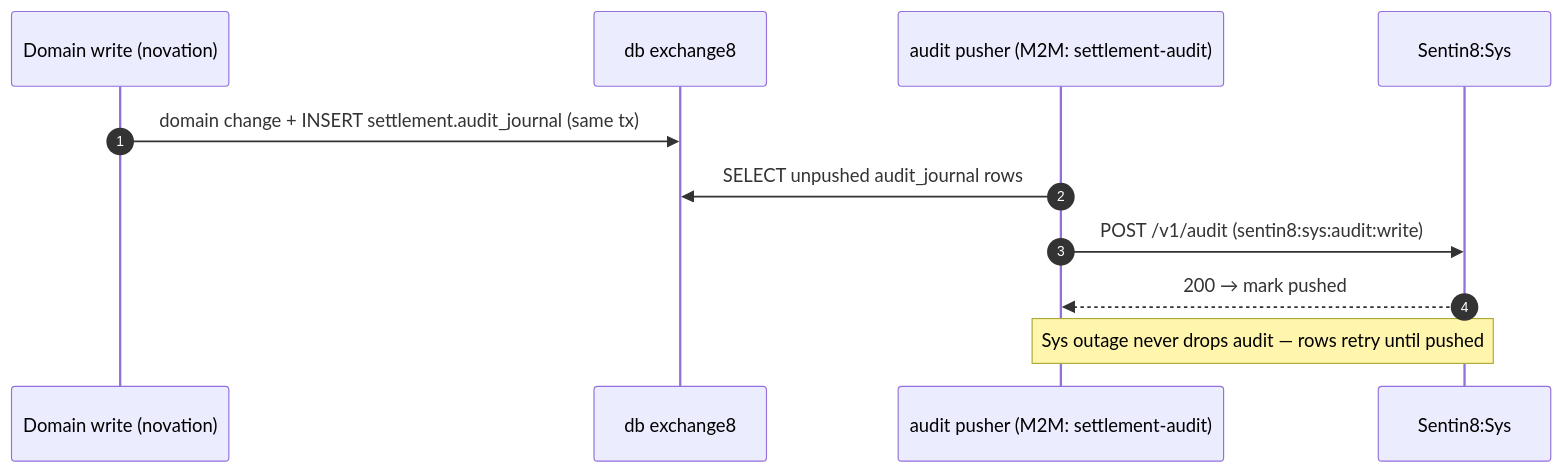
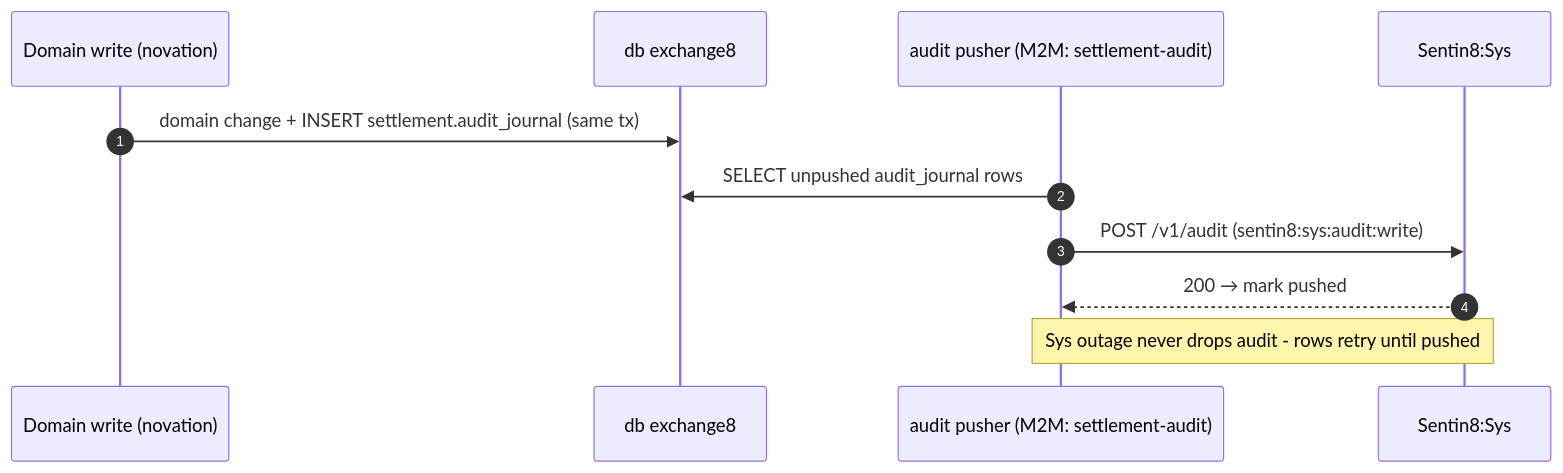
Diagram 18 of 23 in DESIGN.md (Exchange8-dev/exchange8-settlement), drawn with Mermaid before and after one commit. The commit also changed other lines of this file and 20 other files, not shown here.

````diff
--- a/DESIGN.md
+++ b/DESIGN.md
@@ -575,14 +575,14 @@
 ```mermaid
 sequenceDiagram
     autonumber
     participant W as Domain write (novation)
     participant DB as db exchange8
     participant A as audit pusher (M2M: settlement-audit)
     participant S as Sentin8:Sys
 
     W->>DB: domain change + INSERT settlement.audit_journal (same tx)
     A->>DB: SELECT unpushed audit_journal rows
     A->>S: POST /v1/audit (sentin8:sys:audit:write)
     S-->>A: 200 → mark pushed
-    Note over A,S: Sys outage never drops audit — rows retry until pushed
+    Note over A,S: Sys outage never drops audit - rows retry until pushed
 ```
````
